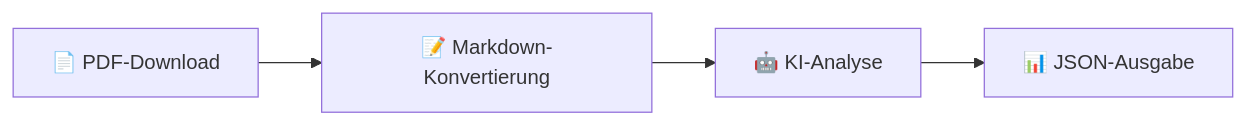
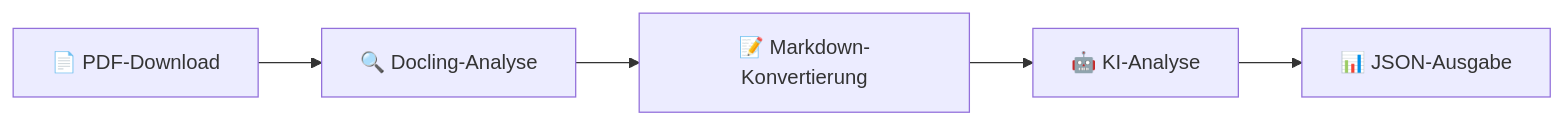
Before and after one commit to rmoriz/rubot: the diagram in README.md, drawn with Mermaid. The commit also changed other lines of this file and 38 other files, not shown here.

First line of the commit message:
feat: migrate to Docling for advanced PDF processing with dual OCR support

````diff
--- a/README.md
+++ b/README.md
@@ -28,6 +41,7 @@
 ```mermaid
 graph LR
-    A[📄 PDF-Download] --> B[📝 Markdown-Konvertierung]
-    B --> C[🤖 KI-Analyse]
-    C --> D[📊 JSON-Ausgabe]
+    A[📄 PDF-Download] --> B[🔍 Docling-Analyse]
+    B --> C[📝 Markdown-Konvertierung]
+    C --> D[🤖 KI-Analyse]
+    D --> E[📊 JSON-Ausgabe]
 ```
````
